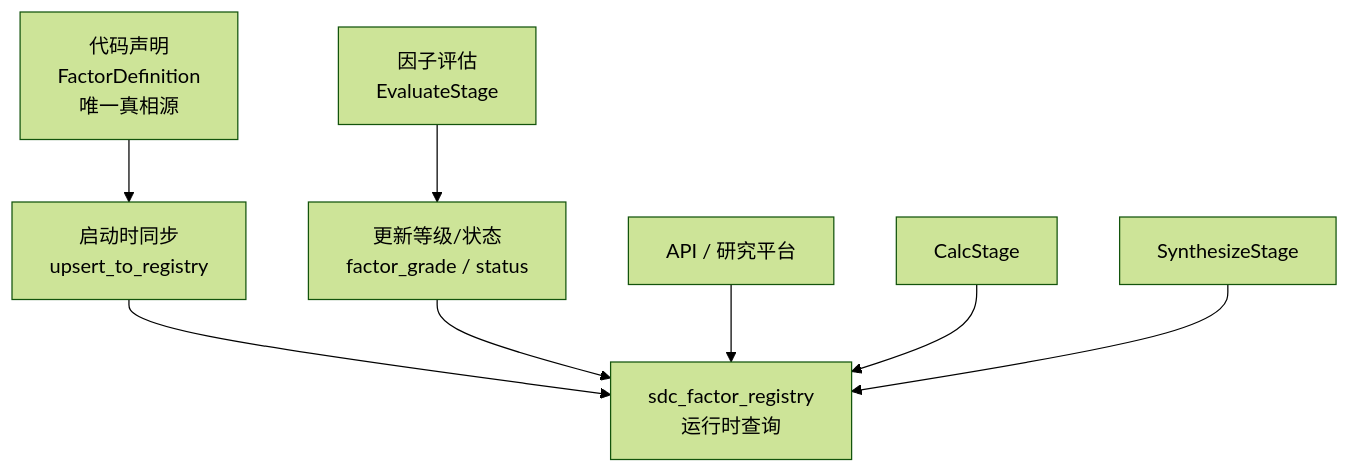
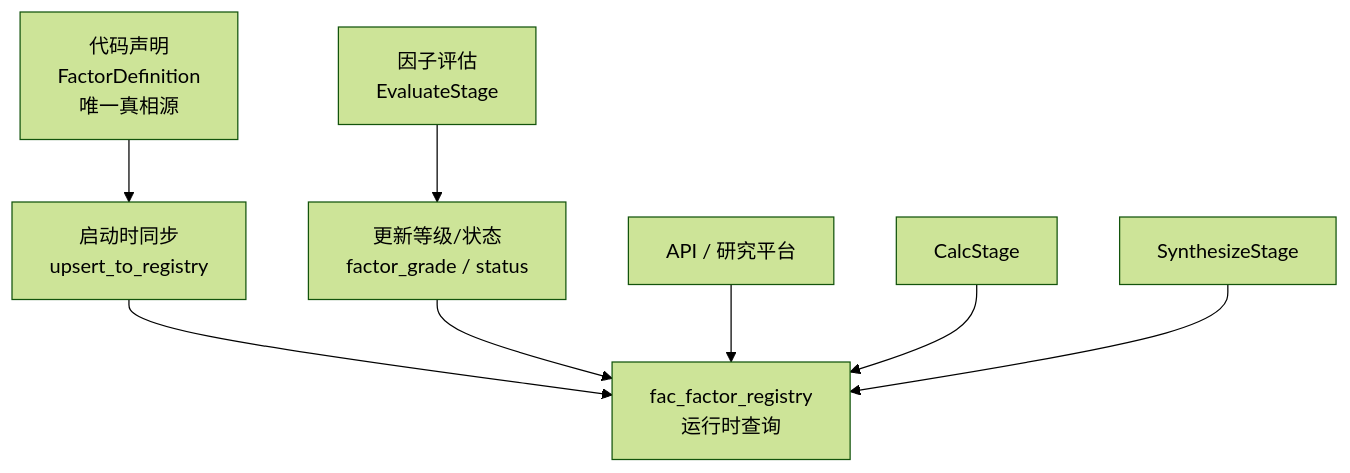
Diagram 27 of 31 in docs/factor-architecture.md (bitiany/xq-trader), drawn with Mermaid (forest theme) before and after one commit. The commit also changed other lines of this file and 35 other files, not shown here.

````diff
--- a/docs/factor-architecture.md
+++ b/docs/factor-architecture.md
@@ -1224,12 +1663,12 @@
 ```mermaid
 flowchart TD
     CODE[代码声明<br/>FactorDefinition<br/>唯一真相源] --> SYNC[启动时同步<br/>upsert_to_registry]
-    SYNC --> DB[sdc_factor_registry<br/>运行时查询]
+    SYNC --> DB[fac_factor_registry<br/>运行时查询]
 
     EVAL[因子评估<br/>EvaluateStage] --> UPDATE[更新等级/状态<br/>factor_grade / status]
     UPDATE --> DB
 
     API[API / 研究平台] --> DB
     CALC[CalcStage] --> DB
     SYNTH[SynthesizeStage] --> DB
 ```
````
